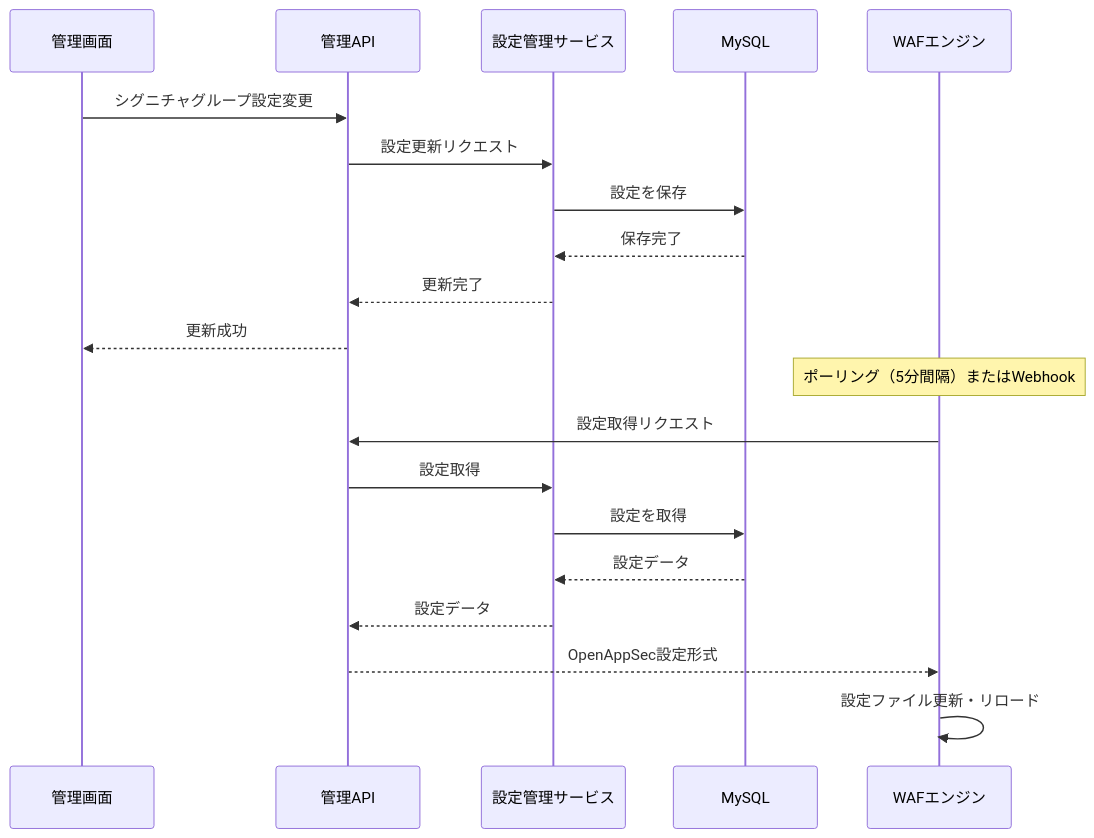
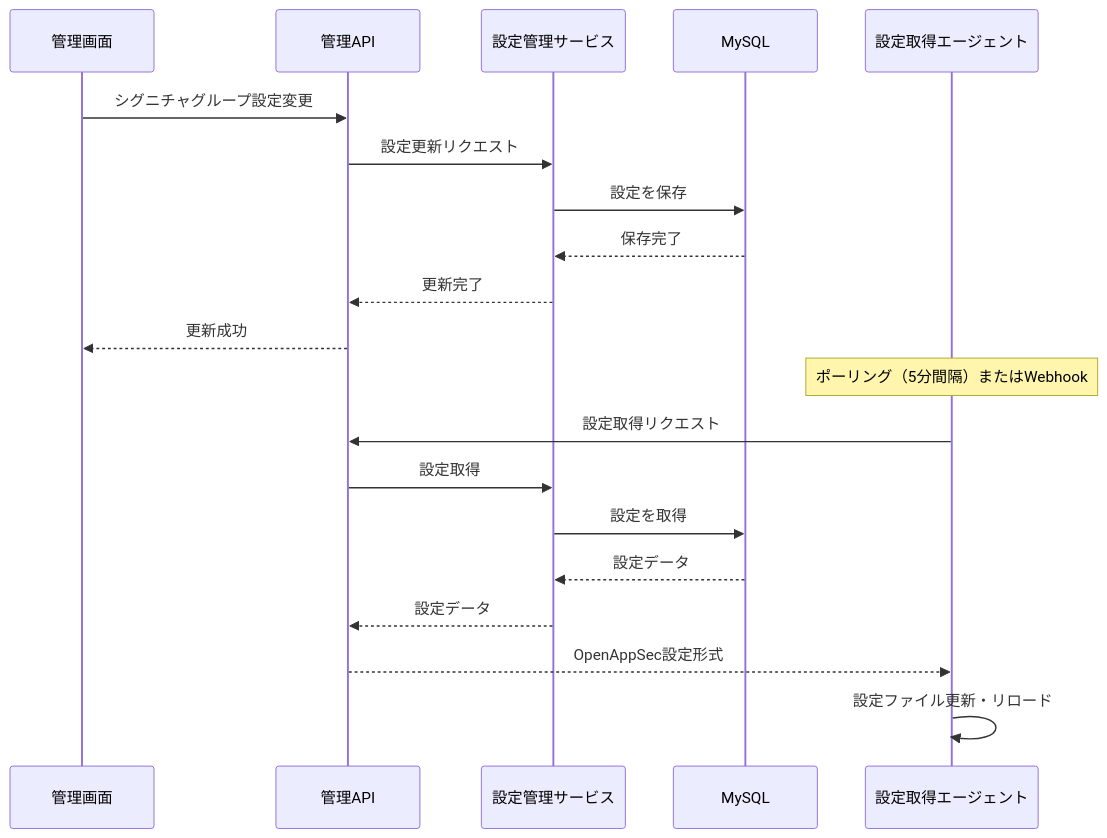
The third of 6 diagrams in DESIGN.md (kencom2400/MrWebDefence-Design), drawn with Mermaid before and after one commit. The commit also changed other lines of this file and 1 other file, not shown here.

````diff
--- a/DESIGN.md
+++ b/DESIGN.md
@@ -597,24 +609,24 @@
 ```mermaid
 sequenceDiagram
     participant UI as 管理画面
     participant API as 管理API
     participant Service as 設定管理サービス
     participant DB as MySQL
-    participant WAF as WAFエンジン
+    participant ConfigAgent as 設定取得エージェント
 
     UI->>API: シグニチャグループ設定変更
     API->>Service: 設定更新リクエスト
     Service->>DB: 設定を保存
     DB-->>Service: 保存完了
     Service-->>API: 更新完了
     API-->>UI: 更新成功
 
-    Note over WAF: ポーリング（5分間隔）またはWebhook
-    WAF->>API: 設定取得リクエスト
+    Note over ConfigAgent: ポーリング（5分間隔）またはWebhook
+    ConfigAgent->>API: 設定取得リクエスト
     API->>Service: 設定取得
     Service->>DB: 設定を取得
     DB-->>Service: 設定データ
     Service-->>API: 設定データ
-    API-->>WAF: OpenAppSec設定形式
-    WAF->>WAF: 設定ファイル更新・リロード
+    API-->>ConfigAgent: OpenAppSec設定形式
+    ConfigAgent->>ConfigAgent: 設定ファイル更新・リロード
 ```
````
